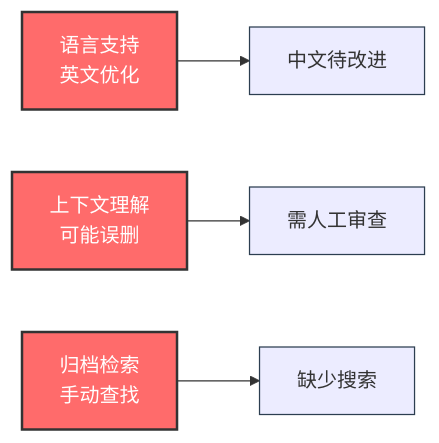
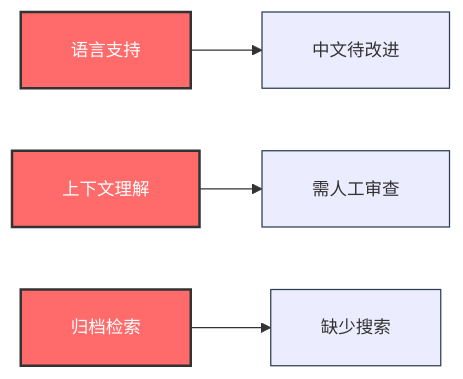
Before and after one commit to yufengyuanx/blog: the ninth of 11 diagrams in docs/research/claude-code-auto-dream.md, drawn with Mermaid. The commit also changed other lines of this file, not shown here.

Commit message:
fix: 优化所有 Mermaid 图表文字显示（减小字体 + 简化文字 + 自动换行）

````diff
--- a/docs/research/claude-code-auto-dream.md
+++ b/docs/research/claude-code-auto-dream.md
@@ -573,11 +573,11 @@
 ```mermaid
-%%{init: {'theme': 'default', 'themeVariables': { 'fontSize': '16px', 'nodeBorder': '#2c3e50', 'clusterBkg': '#f8f9fa' }}}%%
+%%{init: {'theme': 'default', 'themeVariables': { 'fontSize': '14px', 'nodeBorder': '#2c3e50', 'clusterBkg': '#f8f9fa', 'nodeTextMargin': 4 }, 'flowchart': { 'curve': 'basis', 'padding': 20 }}}%%
 graph LR
-    L1[语言支持\n英文优化] --> L2[中文待改进]
-    L3[上下文理解\n可能误删] --> L4[需人工审查]
-    L5[归档检索\n手动查找] --> L6[缺少搜索]
+    L1[语言支持] --> L2[中文待改进]
+    L3[上下文理解] --> L4[需人工审查]
+    L5[归档检索] --> L6[缺少搜索]
     
     style L1 fill:#ff6b6b,color:#fff,stroke:#333,stroke-width:2px
     style L3 fill:#ff6b6b,color:#fff,stroke:#333,stroke-width:2px
     style L5 fill:#ff6b6b,color:#fff,stroke:#333,stroke-width:2px
 ```
````
